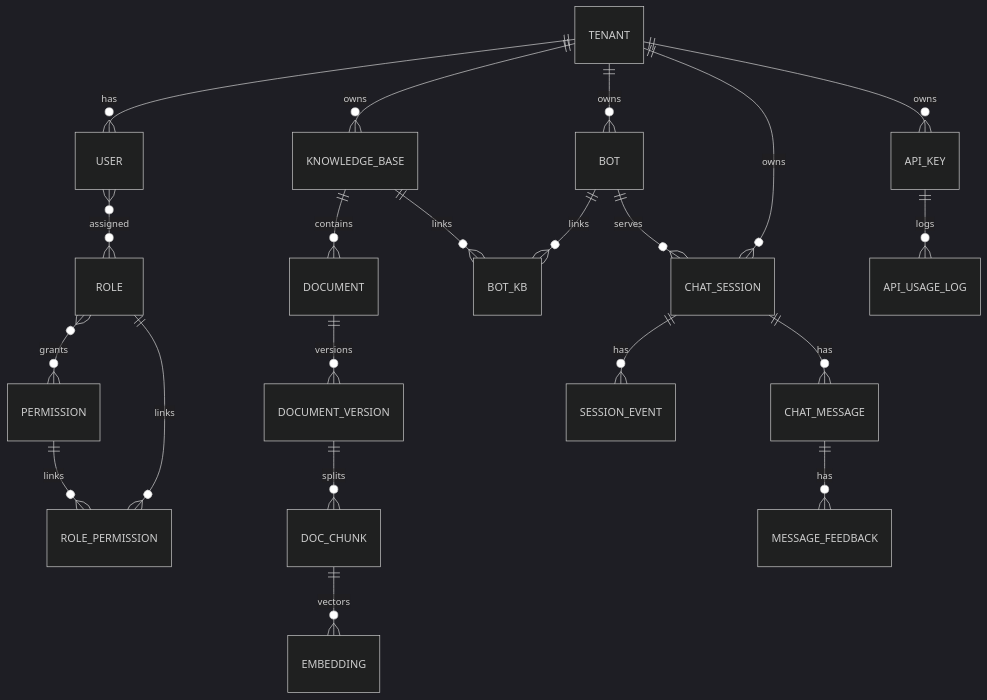
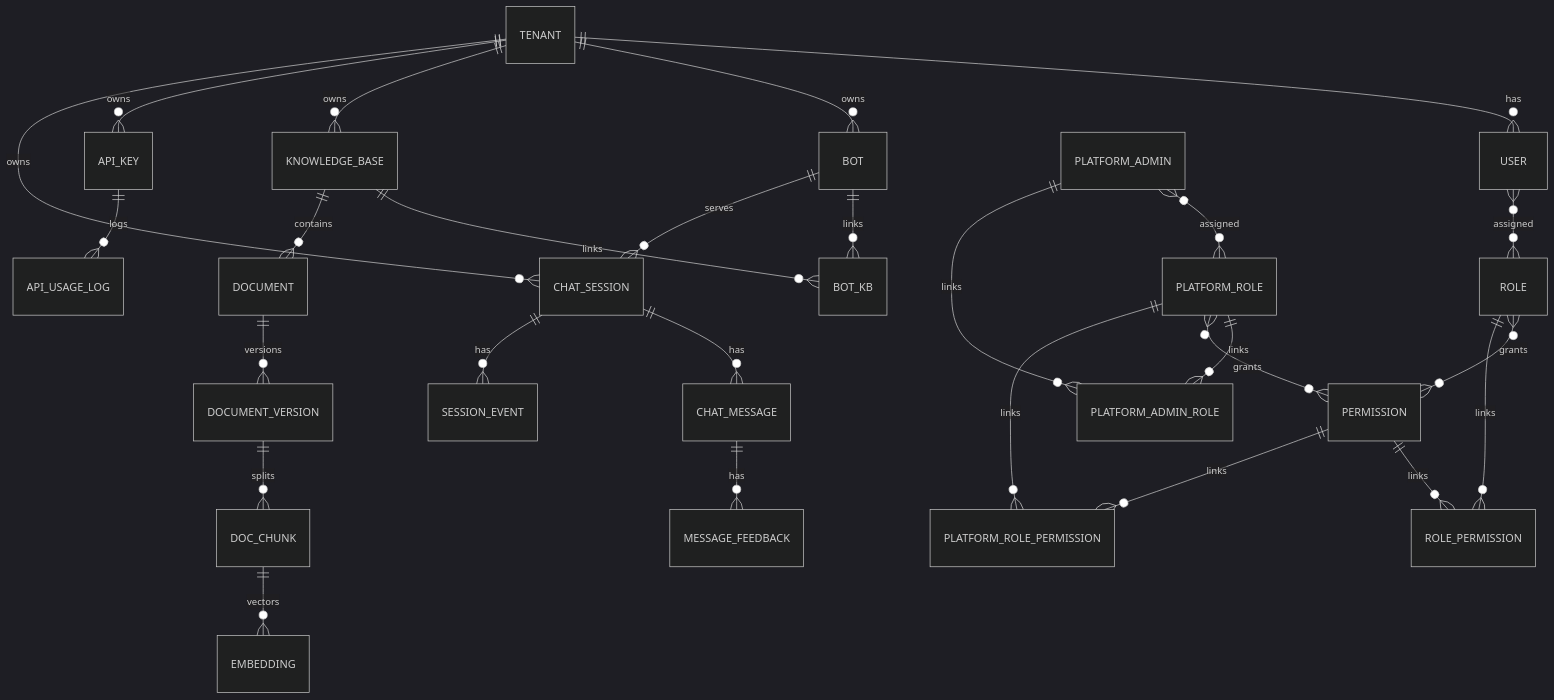
One commit to ZTH7/RAGDesk changed the diagram in docs/DataModel.md. Above: the diagram before and after it, drawn with Mermaid (dark theme). The commit also changed other lines of this file and 14 other files, not shown here.

Commit message:
feat: add iam schema and permission seeds

````diff
--- a/docs/DataModel.md
+++ b/docs/DataModel.md
@@ -8,28 +8,35 @@
 ```mermaid
 erDiagram
 TENANT ||--o{ USER : has
 TENANT ||--o{ BOT : owns
 TENANT ||--o{ KNOWLEDGE_BASE : owns
 TENANT ||--o{ API_KEY : owns
 TENANT ||--o{ CHAT_SESSION : owns
 
 USER }o--o{ ROLE : assigned
 ROLE }o--o{ PERMISSION : grants
 ROLE ||--o{ ROLE_PERMISSION : links
 PERMISSION ||--o{ ROLE_PERMISSION : links
+
+PLATFORM_ADMIN }o--o{ PLATFORM_ROLE : assigned
+PLATFORM_ADMIN ||--o{ PLATFORM_ADMIN_ROLE : links
+PLATFORM_ROLE ||--o{ PLATFORM_ADMIN_ROLE : links
+PLATFORM_ROLE }o--o{ PERMISSION : grants
+PLATFORM_ROLE ||--o{ PLATFORM_ROLE_PERMISSION : links
+PERMISSION ||--o{ PLATFORM_ROLE_PERMISSION : links
 
 BOT ||--o{ BOT_KB : links
 KNOWLEDGE_BASE ||--o{ BOT_KB : links
 
 KNOWLEDGE_BASE ||--o{ DOCUMENT : contains
 DOCUMENT ||--o{ DOCUMENT_VERSION : versions
 DOCUMENT_VERSION ||--o{ DOC_CHUNK : splits
 DOC_CHUNK ||--o{ EMBEDDING : vectors
 
 CHAT_SESSION ||--o{ CHAT_MESSAGE : has
 CHAT_MESSAGE ||--o{ MESSAGE_FEEDBACK : has
 CHAT_SESSION ||--o{ SESSION_EVENT : has
 
 BOT ||--o{ CHAT_SESSION : serves
 API_KEY ||--o{ API_USAGE_LOG : logs
 ```
````
